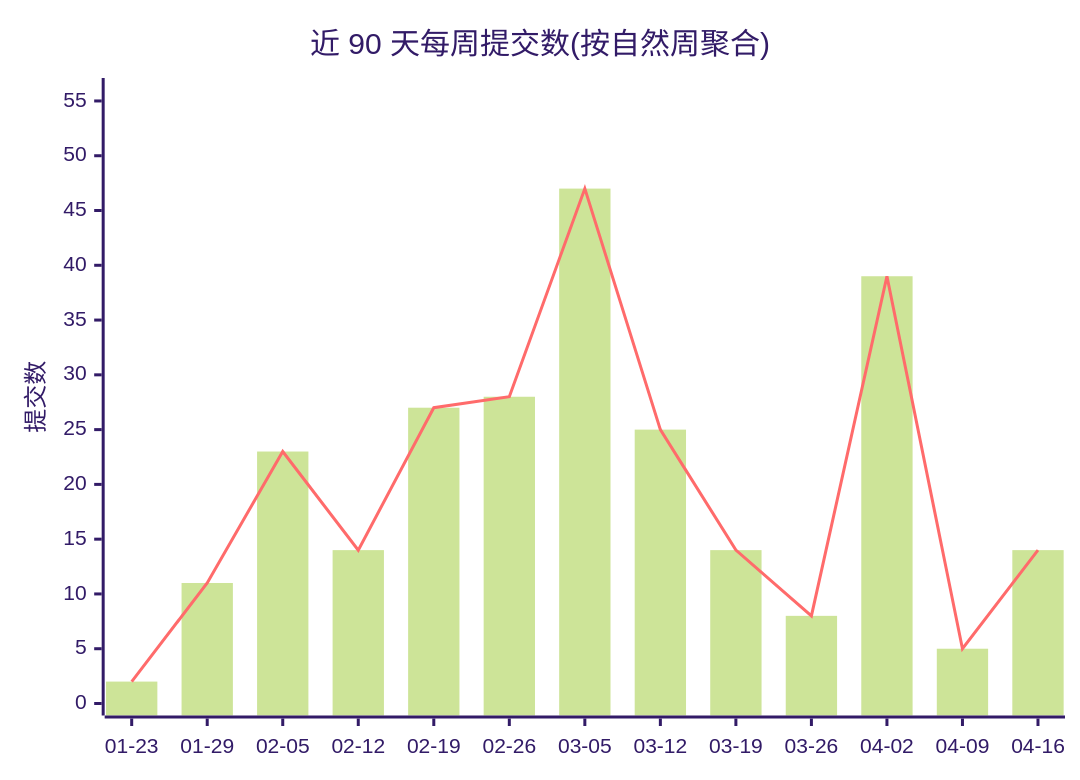
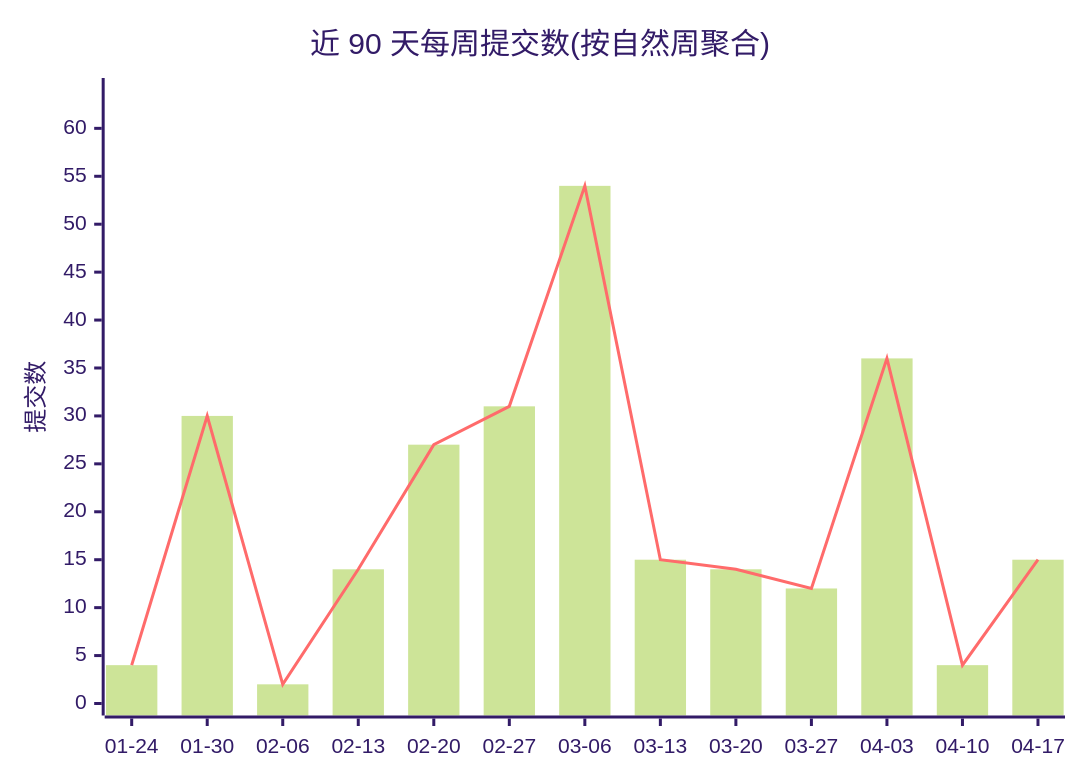
One commit to Conflux-Union/.github changed the first of 2 diagrams in profile/README.md. Above: the diagram before and after it, drawn with Mermaid (forest theme). The commit also changed other lines of this file and 1 other file, not shown here.

````diff
--- a/profile/README.md
+++ b/profile/README.md
@@ -44,8 +44,8 @@
 ```mermaid
 xychart-beta
     title "近 90 天每周提交数(按自然周聚合)"
-    x-axis ["01-23", "01-29", "02-05", "02-12", "02-19", "02-26", "03-05", "03-12", "03-19", "03-26", "04-02", "04-09", "04-16"]
-    y-axis "提交数" 0 --> 56
-    bar [2, 11, 23, 14, 27, 28, 47, 25, 14, 8, 39, 5, 14]
-    line [2, 11, 23, 14, 27, 28, 47, 25, 14, 8, 39, 5, 14]
+    x-axis ["01-24", "01-30", "02-06", "02-13", "02-20", "02-27", "03-06", "03-13", "03-20", "03-27", "04-03", "04-10", "04-17"]
+    y-axis "提交数" 0 --> 64
+    bar [4, 30, 2, 14, 27, 31, 54, 15, 14, 12, 36, 4, 15]
+    line [4, 30, 2, 14, 27, 31, 54, 15, 14, 12, 36, 4, 15]
 ```
````
